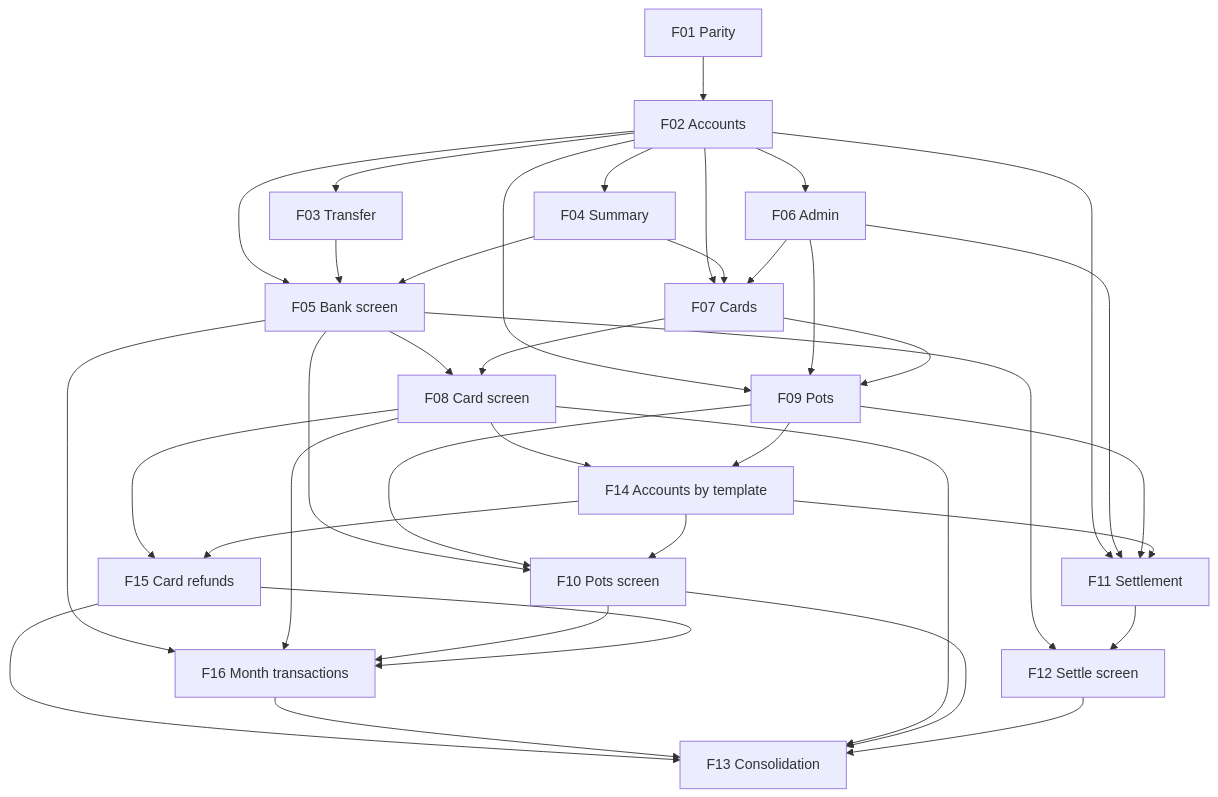
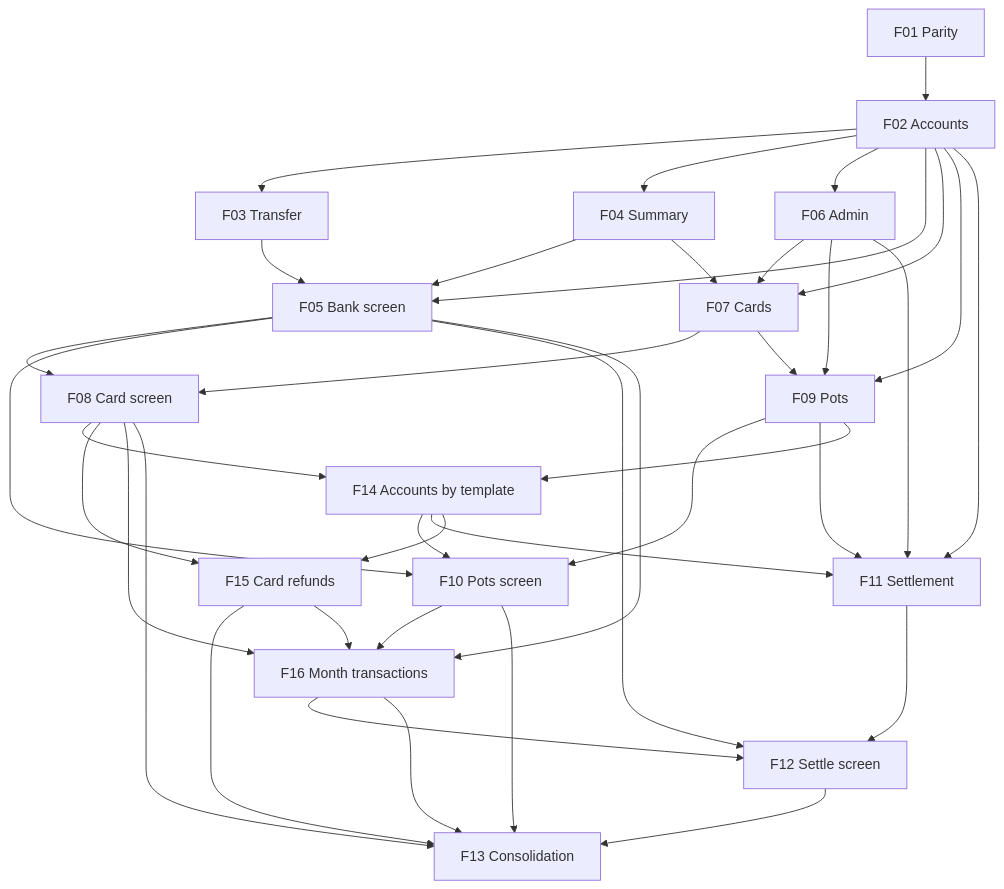
The diagram in docs/prd/P60-prd-cashflow-accounts-generalization/prd-cashflow-accounts-generalization.md (ggibellato/Financial), drawn with Mermaid before and after one commit. The commit also changed other lines of this file, not shown here.

````diff
--- a/docs/prd/P60-prd-cashflow-accounts-generalization/prd-cashflow-accounts-generalization.md
+++ b/docs/prd/P60-prd-cashflow-accounts-generalization/prd-cashflow-accounts-generalization.md
@@ -792,40 +797,41 @@
 ```mermaid
 graph TD
   F01[F01 Parity] --> F02[F02 Accounts]
   F02 --> F03[F03 Transfer]
   F02 --> F04[F04 Summary]
   F02 --> F06[F06 Admin]
   F02 --> F05[F05 Bank screen]
   F03 --> F05
   F04 --> F05
   F02 --> F07[F07 Cards]
   F04 --> F07
   F06 --> F07
   F05 --> F08[F08 Card screen]
   F07 --> F08
   F02 --> F09[F09 Pots]
   F06 --> F09
   F07 --> F09
   F05 --> F10[F10 Pots screen]
   F09 --> F10
   F02 --> F11[F11 Settlement]
   F06 --> F11
   F09 --> F11
   F05 --> F12[F12 Settle screen]
   F11 --> F12
+  F16 --> F12
   F08 --> F14[F14 Accounts by template]
   F09 --> F14
   F14 --> F10
   F14 --> F11
   F08 --> F15[F15 Card refunds]
   F14 --> F15
   F15 --> F13
   F05 --> F16[F16 Month transactions]
   F08 --> F16
   F10 --> F16
   F15 --> F16
   F16 --> F13
   F08 --> F13[F13 Consolidation]
   F10 --> F13
   F12 --> F13
 ```
````
